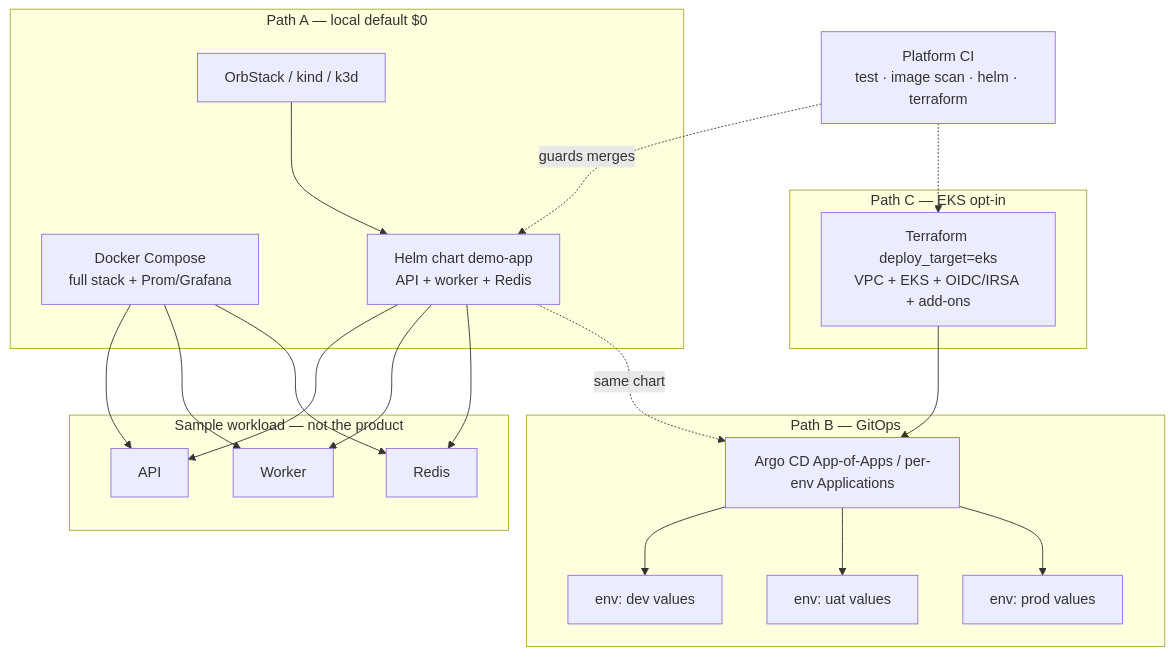
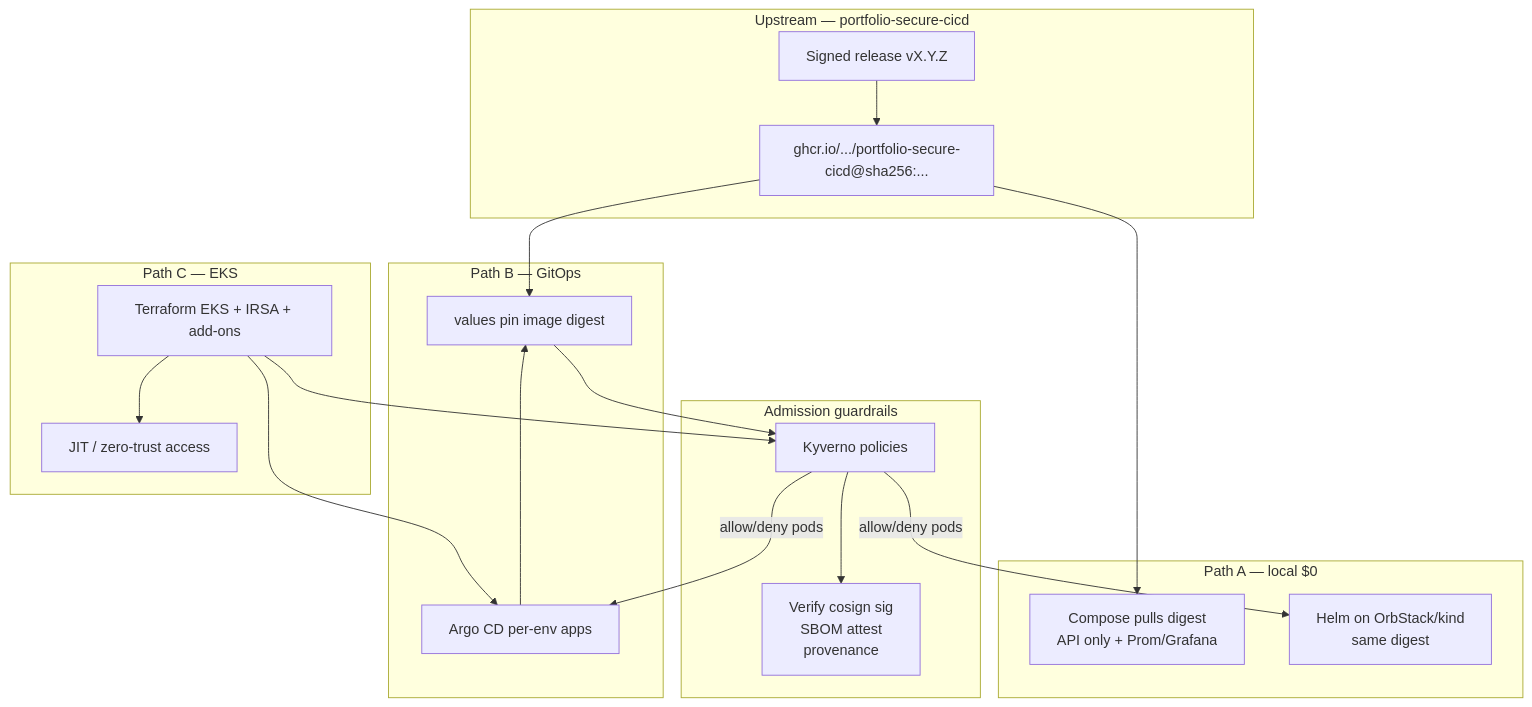
One commit to sauravrana646/portfolio-cloud-platform changed the diagram in docs/PLATFORM_IMPROVEMENT_PLAN.md. Above: the diagram before and after it, drawn with Mermaid. The commit also changed other lines of this file, not shown here.

First line of the commit message:
docs: consume signed secure-cicd image; add Kyverno and zero-trust

````diff
--- a/docs/PLATFORM_IMPROVEMENT_PLAN.md
+++ b/docs/PLATFORM_IMPROVEMENT_PLAN.md
@@ -28,40 +39,39 @@
 ```mermaid
 flowchart TB
-  subgraph workload [Sample workload — not the product]
-    API[API]
-    Worker[Worker]
-    Redis[Redis]
+  subgraph supply [Upstream — portfolio-secure-cicd]
+    Rel[Signed release vX.Y.Z]
+    GHCR["ghcr.io/.../portfolio-secure-cicd@sha256:..."]
+    Rel --> GHCR
   end
 
-  subgraph local [Path A — local default $0]
-    Compose[Docker Compose<br/>full stack + Prom/Grafana]
-    Kctx[OrbStack / kind / k3d]
-    Helm[Helm chart demo-app<br/>API + worker + Redis]
-    Compose --> API
-    Compose --> Worker
-    Compose --> Redis
-    Kctx --> Helm
-    Helm --> API
-    Helm --> Worker
-    Helm --> Redis
+  subgraph local [Path A — local $0]
+    Compose[Compose pulls digest<br/>API only + Prom/Grafana]
+    HelmLocal[Helm on OrbStack/kind<br/>same digest]
+  end
+
+  subgraph admit [Admission guardrails]
+    Kyverno[Kyverno policies]
+    Verify[Verify cosign sig<br/>SBOM attest<br/>provenance]
+    Kyverno --> Verify
   end
 
   subgraph gitops [Path B — GitOps]
-    Argo[Argo CD App-of-Apps / per-env Applications]
-    Dev["env: dev values"]
-    Uat["env: uat values"]
-    Prod["env: prod values"]
-    Argo --> Dev
-    Argo --> Uat
-    Argo --> Prod
+    Argo[Argo CD per-env apps]
+    Pin[values pin image digest]
+    Argo --> Pin
   end
 
-  subgraph cloud [Path C — EKS opt-in]
-    TF["Terraform deploy_target=eks<br/>VPC + EKS + OIDC/IRSA + add-ons"]
+  subgraph cloud [Path C — EKS]
+    TF[Terraform EKS + IRSA + add-ons]
+    ZT[JIT / zero-trust access]
     TF --> Argo
+    TF --> Kyverno
+    TF --> ZT
   end
 
-  Helm -.->|same chart| Argo
-  CI[Platform CI<br/>test · image scan · helm · terraform] -.->|guards merges| Helm
-  CI -.-> TF
+  GHCR --> Compose
+  GHCR --> Pin
+  Pin --> Kyverno
+  Kyverno -->|allow/deny pods| HelmLocal
+  Kyverno -->|allow/deny pods| Argo
 ```
````
